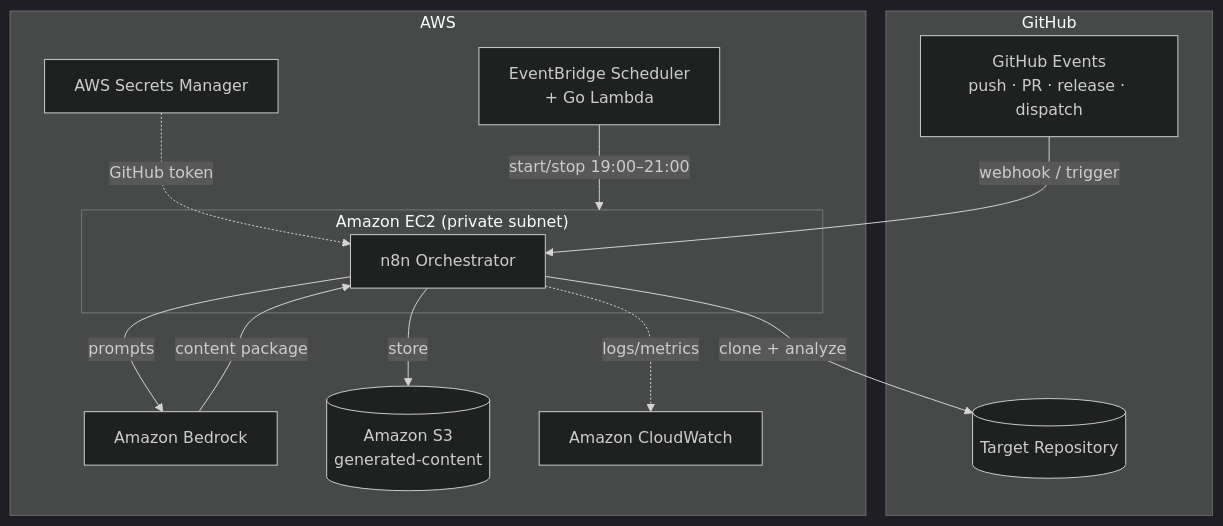
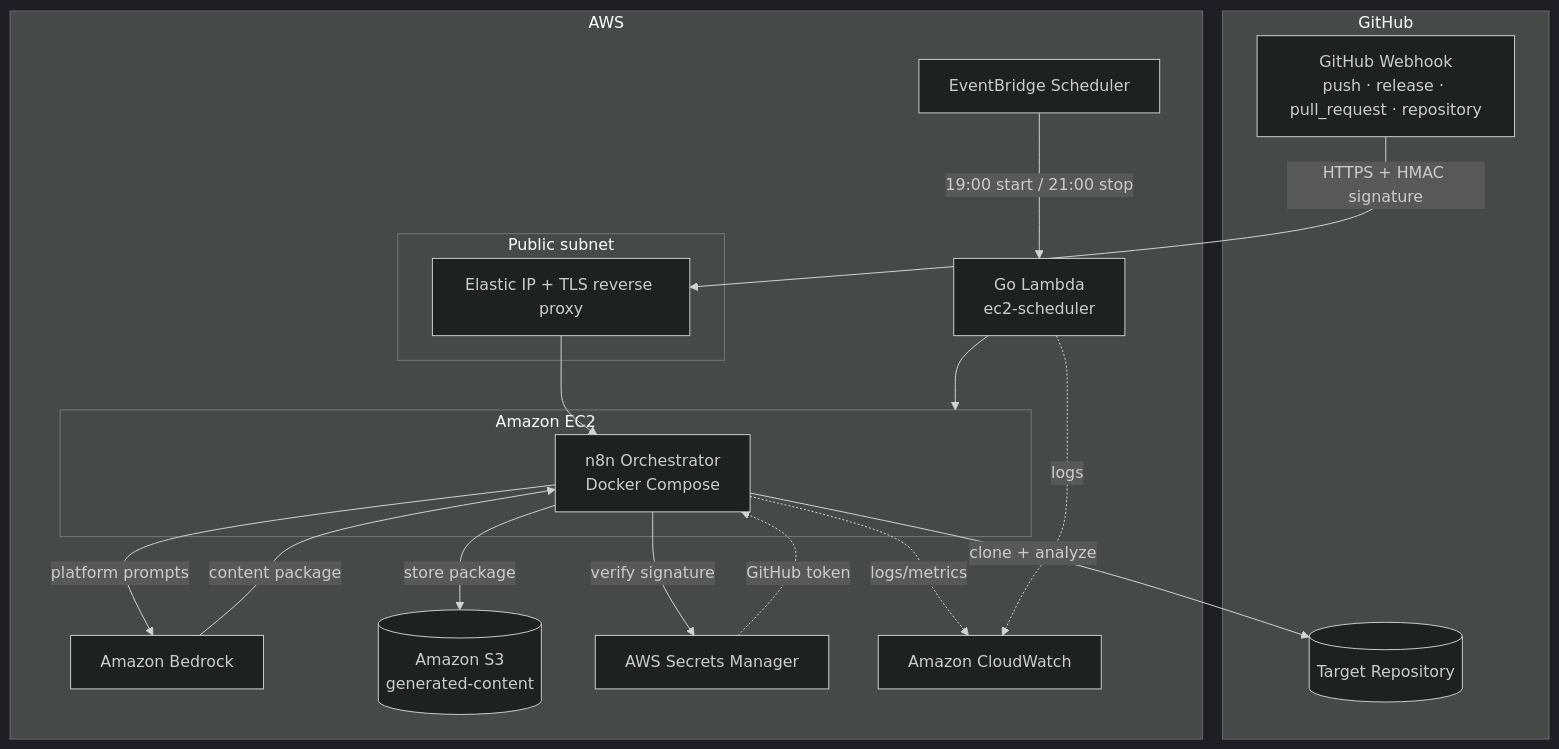
One commit to teddynted/ai-github-repository-blog-generator changed the first of 4 diagrams in README.md. Above: the diagram before and after it, drawn with Mermaid (dark theme). The commit also changed other lines of this file and 9 other files, not shown here.

First line of the commit message:
docs: make GitHub Webhooks the primary trigger across the docs

````diff
--- a/README.md
+++ b/README.md
@@ -121,27 +58,33 @@
 ```mermaid
 flowchart TB
     subgraph GitHub
-        EVT[GitHub Events<br/>push · PR · release · dispatch]
+        EVT[GitHub Webhook<br/>push · release · pull_request · repository]
         REPO[(Target Repository)]
     end
 
     subgraph AWS
-        SCHED[EventBridge Scheduler<br/>+ Go Lambda]
-        subgraph EC2["Amazon EC2 (private subnet)"]
-            N8N[n8n Orchestrator]
+        subgraph PublicNet["Public subnet"]
+            EIP[Elastic IP + TLS reverse proxy]
+        end
+        SCHED[EventBridge Scheduler]
+        LSTOP[Go Lambda<br/>ec2-scheduler]
+        subgraph EC2["Amazon EC2"]
+            N8N[n8n Orchestrator<br/>Docker Compose]
         end
         BR[Amazon Bedrock]
         S3[(Amazon S3<br/>generated-content)]
         SM[AWS Secrets Manager]
         CW[Amazon CloudWatch]
     end
 
-    EVT -->|webhook / trigger| N8N
-    SCHED -->|start/stop 19:00–21:00| EC2
+    EVT -->|HTTPS + HMAC signature| EIP --> N8N
+    SCHED -->|19:00 start / 21:00 stop| LSTOP --> EC2
+    N8N -->|verify signature| SM
     N8N -->|clone + analyze| REPO
-    N8N -->|prompts| BR
+    N8N -->|platform prompts| BR
     BR -->|content package| N8N
-    N8N -->|store| S3
+    N8N -->|store package| S3
     SM -. GitHub token .-> N8N
     N8N -. logs/metrics .-> CW
+    LSTOP -. logs .-> CW
 ```
````
